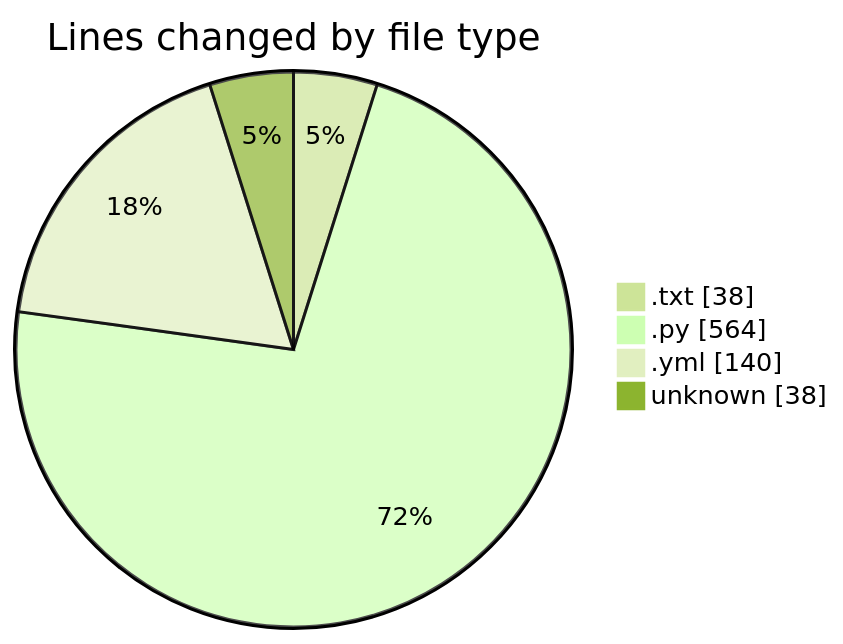
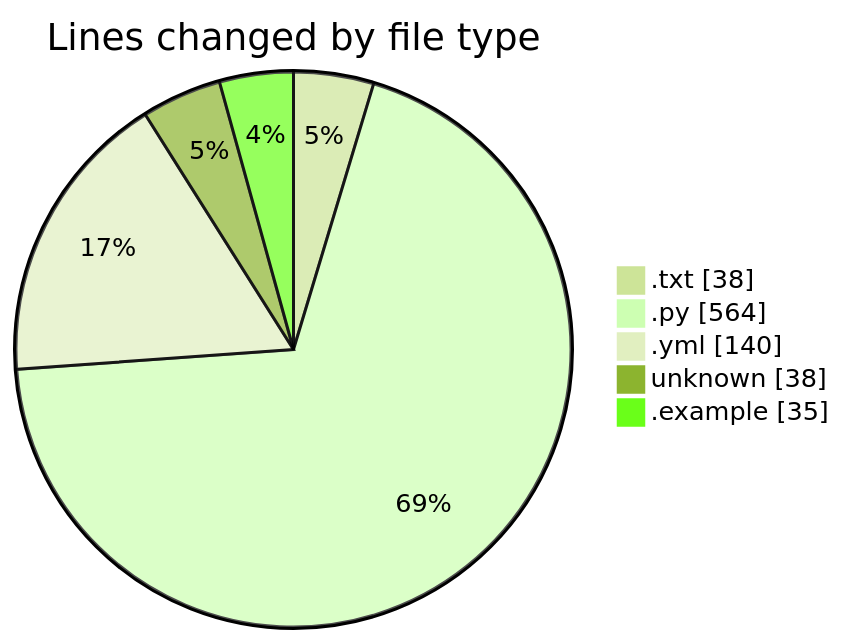
Before and after one commit to lephambinh05/code-tracking: the first of 2 diagrams in 2025-08-18/vps-v1/README.md, drawn with Mermaid (forest theme). The commit also changed other lines of this file and 1 other file, not shown here.

````diff
--- a/2025-08-18/vps-v1/README.md
+++ b/2025-08-18/vps-v1/README.md
@@ -28,8 +29,9 @@
 ```mermaid
 pie showData
 title Lines changed by file type
 ".txt" : 38
 ".py" : 564
 ".yml" : 140
 "unknown" : 38
+".example" : 35
 ```
````
